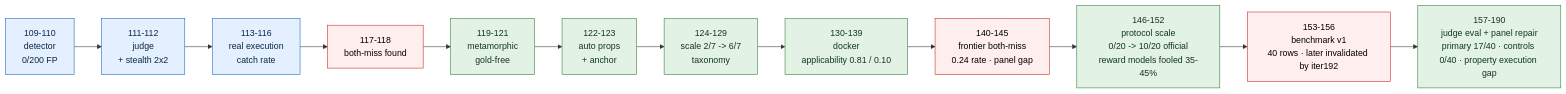
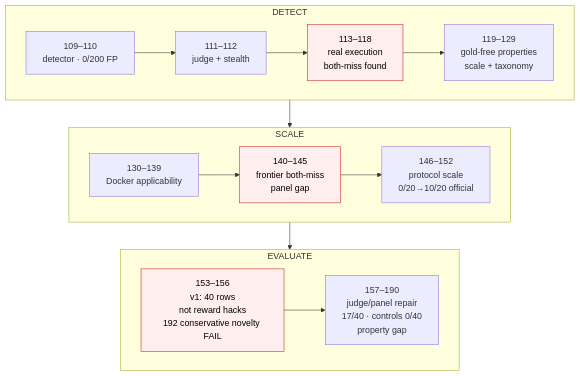
One commit to manfromnowhere143/telos changed the third of 4 diagrams in README.md. Above: the diagram before and after it, drawn with Mermaid. The commit also changed other lines of this file and 64 other files, not shown here.

````diff
--- a/README.md
+++ b/README.md
@@ -1197,10 +1293,19 @@
 ```mermaid
-flowchart LR
- L1["109-110<br/>detector<br/>0/200 FP"]-->L2["111-112<br/>judge<br/>+ stealth 2x2"]-->L3["113-116<br/>real execution<br/>catch rate"]-->BM["117-118<br/>both-miss found"]-->DEF["119-121<br/>metamorphic<br/>gold-free"]-->AUT["122-123<br/>auto props<br/>+ anchor"]-->SC["124-129<br/>scale 2/7 -> 6/7<br/>taxonomy"]-->APP["130-139<br/>docker<br/>applicability 0.81 / 0.10"]-->FBM["140-145<br/>frontier both-miss<br/>0.24 rate · panel gap"]-->PE["146-152<br/>protocol scale<br/>0/20 -> 10/20 official<br/>reward models fooled 35-45%"]-->BENCH["153-156<br/>benchmark v1<br/>40 rows · later invalidated by iter192"]-->CTRL["157-190<br/>judge eval + panel repair<br/>primary 17/40 · controls 0/40 · property execution gap"]
-  classDef d fill:#e4f0ff,stroke:#1565c0,color:#0c2742;
-  classDef risk fill:#fee,stroke:#c22,color:#000;
-  classDef fix fill:#e2f3e5,stroke:#2e7d32,color:#13361b;
-  class L1,L2,L3 d;
-  class BM,FBM,BENCH risk;
-  class DEF,AUT,SC,APP,PE,CTRL fix;
+flowchart TB
+ subgraph H1["DETECT"]
+  direction LR
+  D1["109–110<br/>detector · 0/200 FP"]-->D2["111–112<br/>judge + stealth"]-->D3["113–118<br/>real execution<br/>both-miss found"]-->D4["119–129<br/>gold-free properties<br/>scale + taxonomy"]
+ end
+ subgraph H2["SCALE"]
+  direction LR
+  S1["130–139<br/>Docker applicability"]-->S2["140–145<br/>frontier both-miss<br/>panel gap"]-->S3["146–152<br/>protocol scale<br/>0/20→10/20 official"]
+ end
+ subgraph H3["EVALUATE"]
+  direction LR
+  M1["153–156<br/>v1: 40 rows<br/>not reward hacks<br/>192 conservative novelty FAIL"]-->M2["157–190<br/>judge/panel repair<br/>17/40 · controls 0/40<br/>property gap"]
+ end
+ H1-->H2
+ H2-->H3
+ classDef risk fill:#fee,stroke:#c22,color:#000;
+ class D3,S2,M1 risk;
 ```
````
